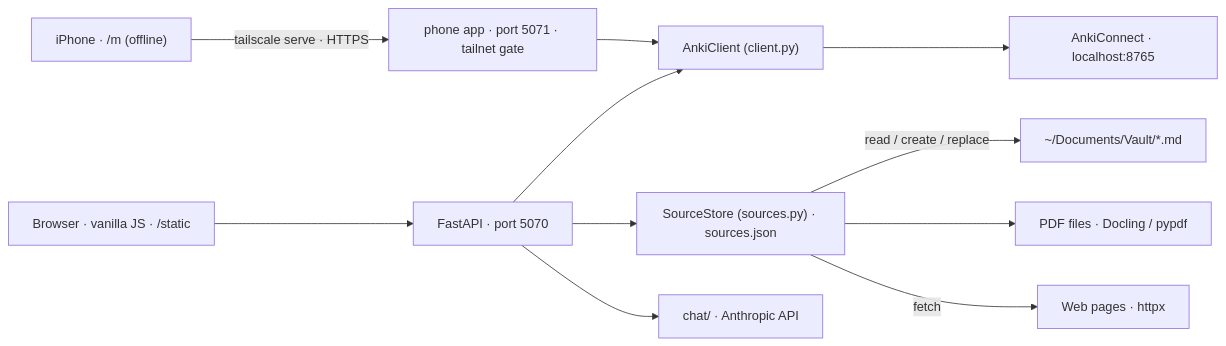
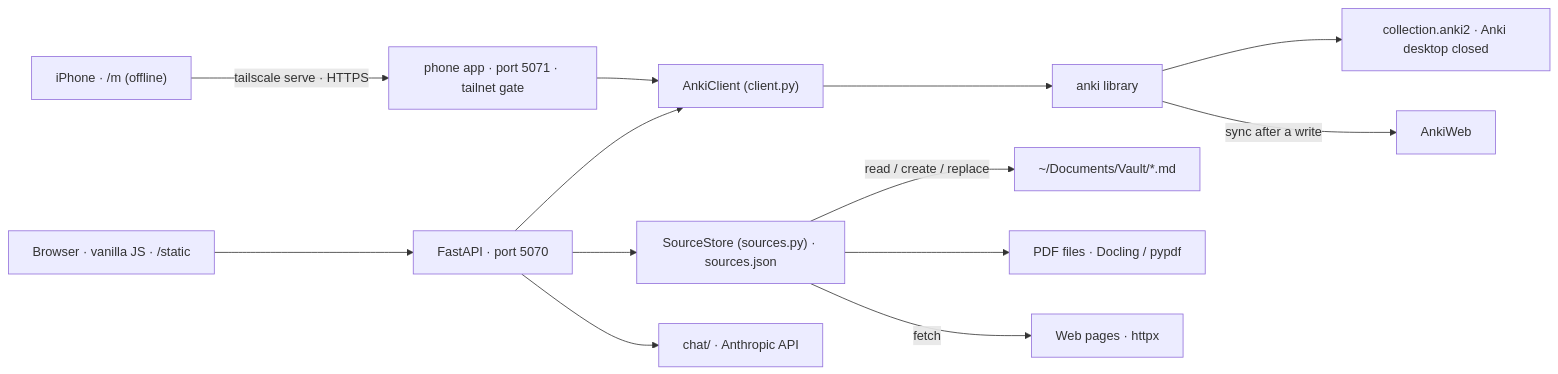
The diagram in specs/00-overview.md (Vaillus/anki_assistant), drawn with Mermaid before and after one commit. The commit also changed other lines of this file and 40 other files, not shown here.

First line of the commit message:
feat: replace AnkiConnect with the anki library (#28)

````diff
--- a/specs/00-overview.md
+++ b/specs/00-overview.md
@@ -26,12 +26,13 @@
 ```mermaid
 graph LR
     UI["Browser · vanilla JS · /static"] --> API["FastAPI · port 5070"]
-    API --> Client["AnkiClient (client.py)"] --> AC["AnkiConnect · localhost:8765"]
+    API --> Client["AnkiClient (client.py)"] --> Lib["anki library"] --> Col["collection.anki2 · Anki desktop closed"]
+    Lib -- sync after a write --> AW["AnkiWeb"]
     API --> Sources["SourceStore (sources.py) · sources.json"]
     Sources -- read / create / replace --> Vault["~/Documents/Vault/*.md"]
     Sources --> PDF["PDF files · Docling / pypdf"]
     Sources -- fetch --> Web["Web pages · httpx"]
     API --> Chat["chat/ · Anthropic API"]
     Phone["iPhone · /m (offline)"] -- tailscale serve · HTTPS --> Gate["phone app · port 5071 · tailnet gate"]
     Gate --> Client
 ```
````
